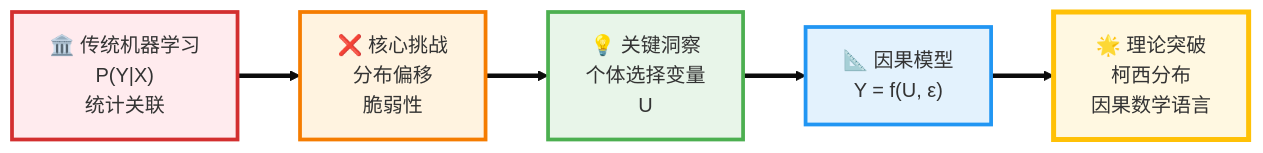
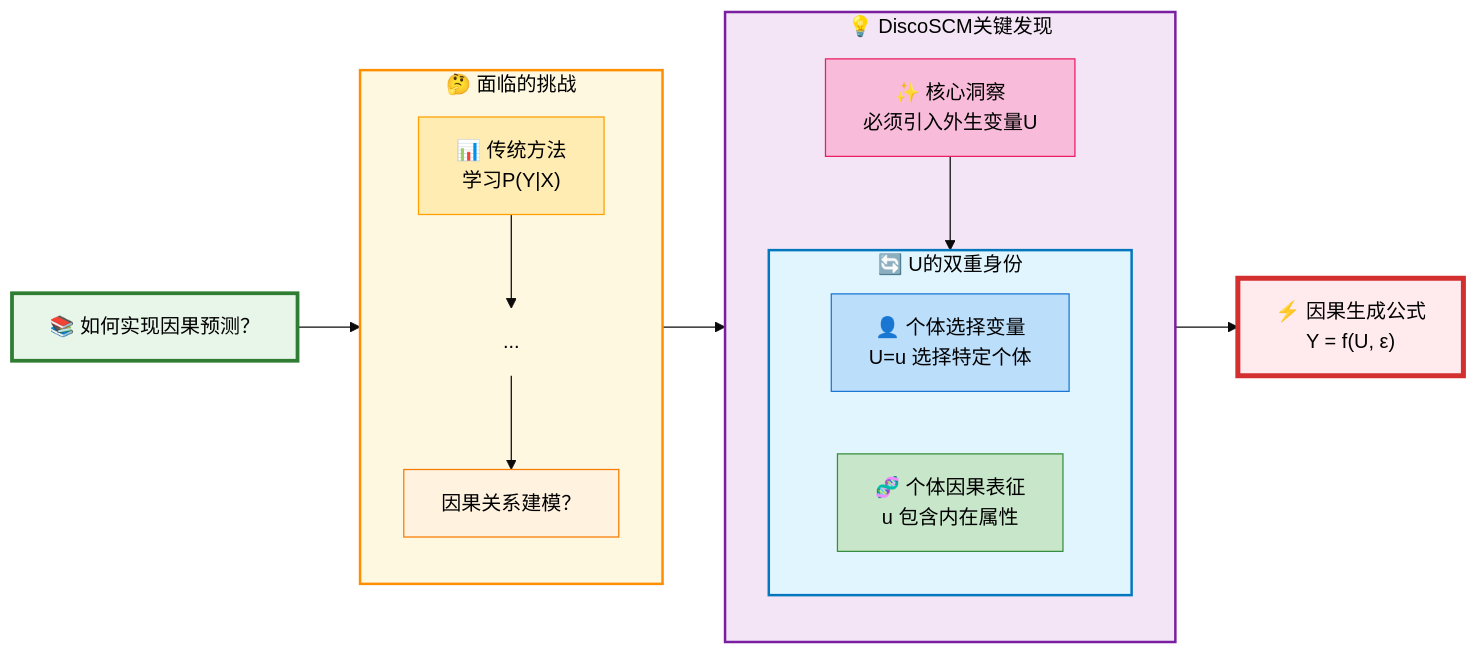
The first of 13 diagrams in proposal_to_professor_zhou.md (1587causalai/CausalQwen), drawn with Mermaid (base theme) before and after one commit. The commit also changed other lines of this file, not shown here.

````diff
--- a/proposal_to_professor_zhou.md
+++ b/proposal_to_professor_zhou.md
@@ -18,23 +21,47 @@
 ```mermaid
 graph LR
-    %% 理论发现的核心路径 - 横向流畅布局
+    %% 从DiscoSCM到个体选择变量U - 美观布局版
     
-    Traditional["🏛️ 传统机器学习<br/>P(Y|X)<br/>统计关联"] 
+    Start["📚 如何实现因果预测？"]
     
-    Problem["❌ 核心挑战<br/>分布偏移<br/>脆弱性"]
+    Start --> Challenge
     
-    Discovery["💡 关键洞察<br/>个体选择变量<br/>U"] 
+    subgraph Challenge ["🤔 面临的挑战"]
+        direction TB
+        Traditional["📊 传统方法<br/>学习P(Y|X)"] 
+        Arrow["..."]
+        Question["因果关系建模？"]
+        Traditional --> Arrow --> Question
+    end
     
-    SCM["📐 因果模型<br/>Y = f(U, ε)"]
+    Challenge --> Discovery
     
-    Breakthrough["🌟 理论突破<br/>柯西分布<br/>因果数学语言"]
+    subgraph Discovery ["💡 DiscoSCM关键发现"]
+        direction TB
+        Insight["✨ 核心洞察<br/>必须引入外生变量U"]
+        
+        subgraph DualNature ["🔄 U的双重身份"]
+            direction LR
+            Identity1["👤 个体选择变量<br/>U=u 选择特定个体"]
+            Identity2["🧬 个体因果表征<br/>u 包含内在属性"]
+        end
+        
+        Insight --> DualNature
+    end
     
-    Traditional ==> Problem ==> Discovery ==> SCM ==> Breakthrough
+    Discovery --> Result["⚡ 因果生成公式<br/>Y = f(U, ε)"]
     
     %% 样式设计
-    style Traditional fill:#ffebee,stroke:#d32f2f,stroke-width:3px
-    style Problem fill:#fff3e0,stroke:#f57c00,stroke-width:3px
-    style Discovery fill:#e8f5e9,stroke:#4caf50,stroke-width:3px
-    style SCM fill:#e3f2fd,stroke:#2196f3,stroke-width:3px
-    style Breakthrough fill:#fff8e1,stroke:#ffc107,stroke-width:4px
+    style Start fill:#e8f5e9,stroke:#2e7d32,stroke-width:3px,color:#000
+    style Challenge fill:#fff8e1,stroke:#ff8f00,stroke-width:2px,color:#000
+    style Discovery fill:#f3e5f5,stroke:#7b1fa2,stroke-width:2px,color:#000
+    style DualNature fill:#e1f5fe,stroke:#0277bd,stroke-width:2px,color:#000
+    style Result fill:#ffebee,stroke:#d32f2f,stroke-width:4px,color:#000
+    
+    style Traditional fill:#ffecb3,stroke:#ffa000,color:#000
+    style Arrow fill:transparent,stroke:none,color:#000
+    style Question fill:#fff3e0,stroke:#f57c00,color:#000
+    style Insight fill:#f8bbd9,stroke:#e91e63,color:#000
+    style Identity1 fill:#bbdefb,stroke:#1976d2,color:#000
+    style Identity2 fill:#c8e6c9,stroke:#388e3c,color:#000
 ```
````
